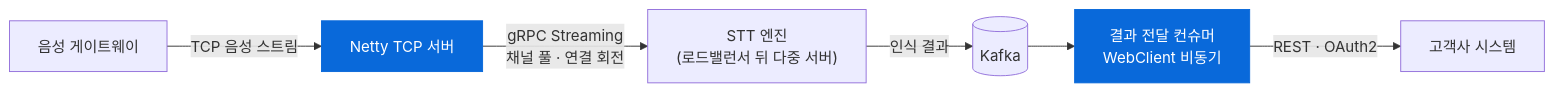
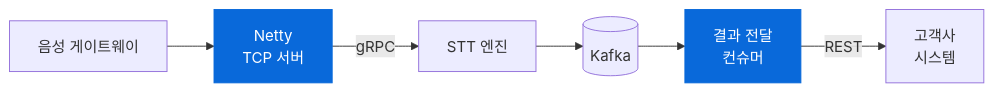
The first of 3 diagrams in README.md (YuchanKim-DEV/YuchanKim-Dev), drawn with Mermaid before and after one commit. The commit also changed other lines of this file, not shown here.

Commit message:
docs: 다이어그램 단순화, Before/After를 색 배지로 표시

````diff
--- a/README.md
+++ b/README.md
@@ -151,10 +151,10 @@
 ```mermaid
 flowchart LR
-    GW["음성 게이트웨이"] -- "TCP 음성 스트림" --> TCP["Netty TCP 서버"]
-    TCP -- "gRPC Streaming<br/>채널 풀 · 연결 회전" --> STT["STT 엔진<br/>(로드밸런서 뒤 다중 서버)"]
-    STT -- "인식 결과" --> K[("Kafka")]
-    K --> C["결과 전달 컨슈머<br/>WebClient 비동기"]
-    C -- "REST · OAuth2" --> CRM["고객사 시스템"]
+    GW["음성 게이트웨이"] --> TCP["Netty<br/>TCP 서버"]
+    TCP -- gRPC --> STT["STT 엔진"]
+    STT --> K[("Kafka")]
+    K --> C["결과 전달<br/>컨슈머"]
+    C -- REST --> CRM["고객사<br/>시스템"]
     class TCP,C mine
     classDef mine fill:#0969DA,stroke:#0969DA,color:#fff
 ```
````
